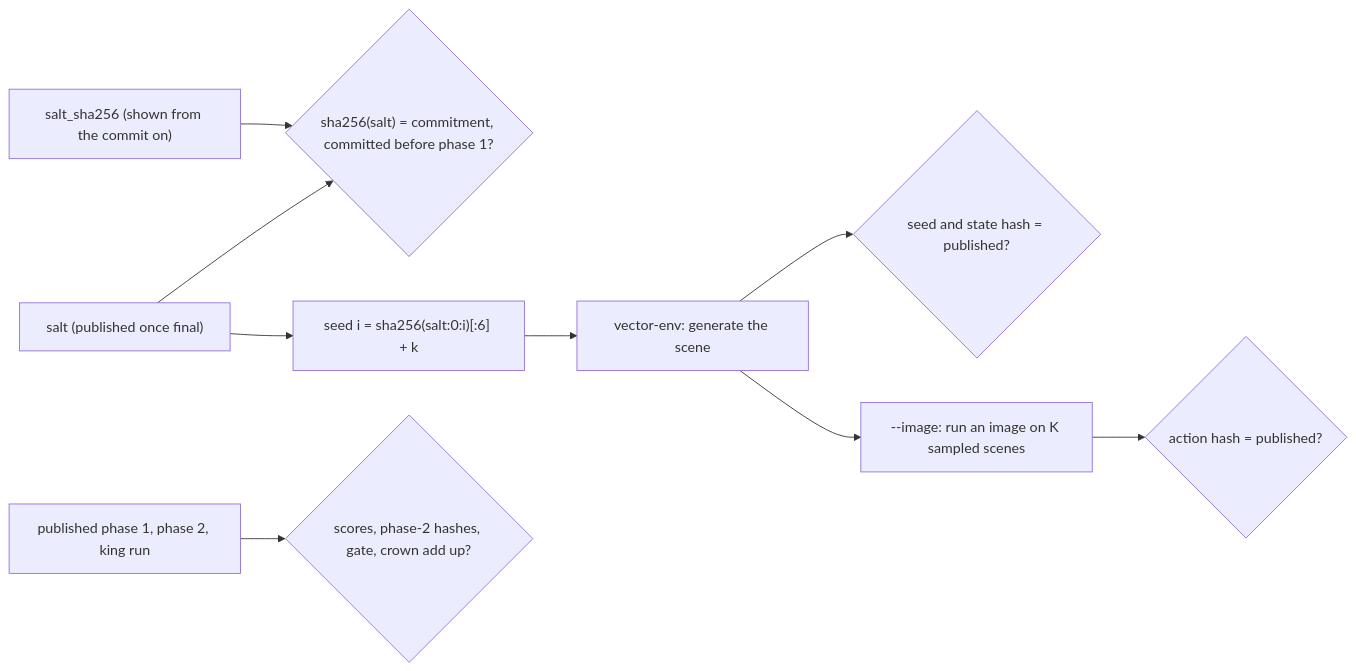
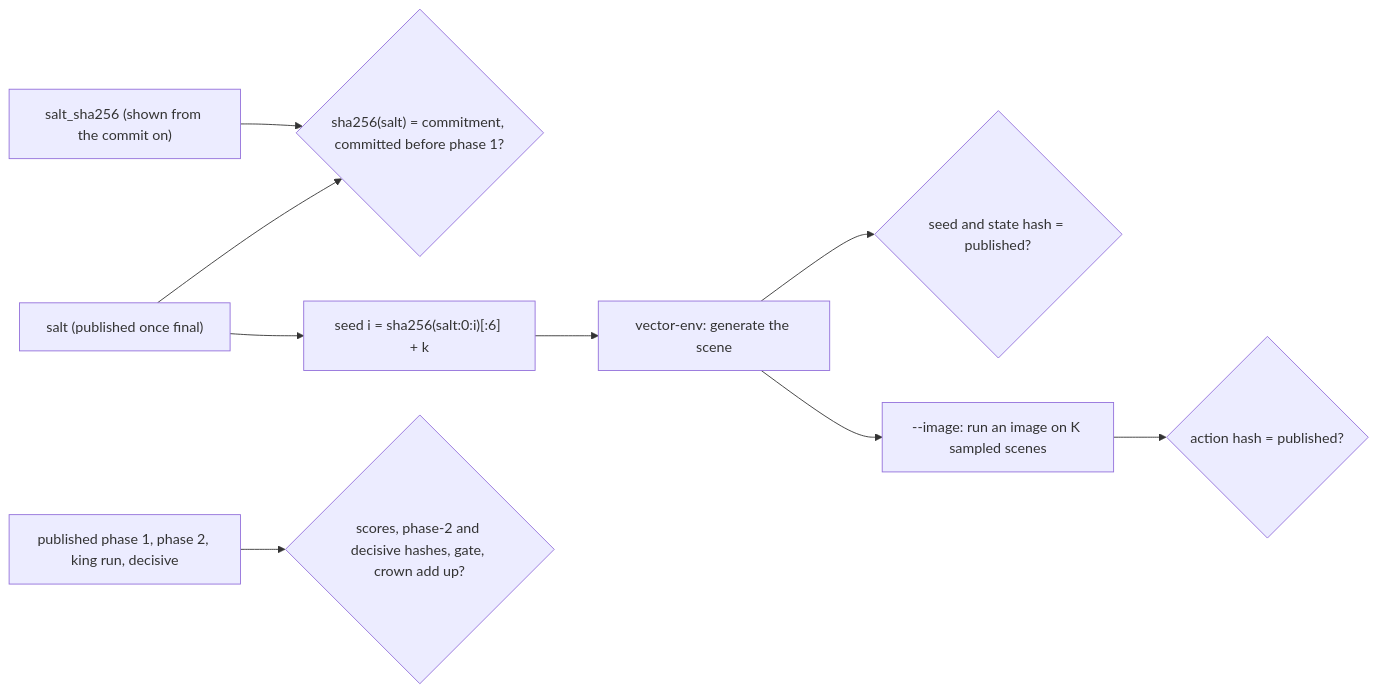
Before and after one commit to robotensor/vector-miner: the fourth of 4 diagrams in README.md, drawn with Mermaid. The commit also changed other lines of this file and 4 other files, not shown here.

````diff
--- a/README.md
+++ b/README.md
@@ -346,11 +363,11 @@
 ```mermaid
 flowchart LR
   CM["salt_sha256 (shown from the commit on)"] --> CK{"sha256(salt) = commitment, committed before phase 1?"}
   S["salt (published once final)"] --> CK
   S --> SD["seed i = sha256(salt:0:i)[:6] + k"]
   SD --> G["vector-env: generate the scene"]
   G --> H{"seed and state hash = published?"}
-  D["published phase 1, phase 2, king run"] --> C{"scores, phase-2 hashes, gate, crown add up?"}
+  D["published phase 1, phase 2, king run, decisive"] --> C{"scores, phase-2 and decisive hashes, gate, crown add up?"}
   G --> R["--image: run an image on K sampled scenes"]
   R --> A{"action hash = published?"}
 ```
````
